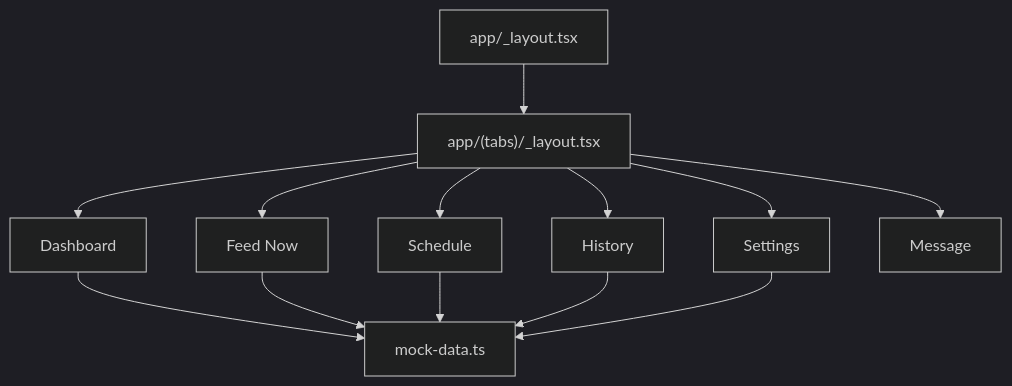
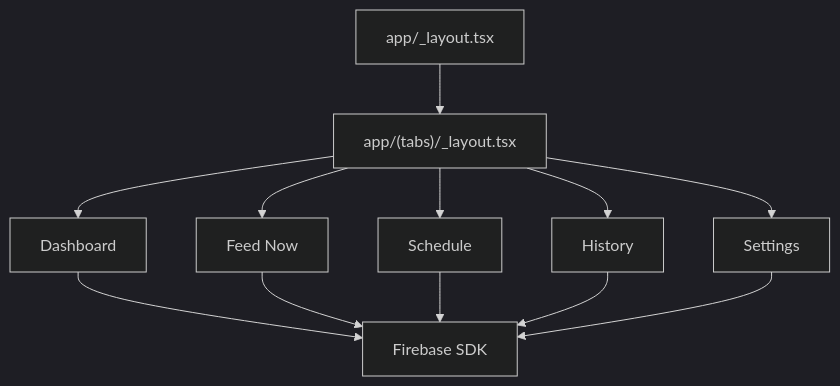
One commit to Mamba343/PetFeeder changed the fourth of 5 diagrams in docs/Architecture.md. Above: the diagram before and after it, drawn with Mermaid (dark theme). The commit also changed other lines of this file and 21 other files, not shown here.

````diff
--- a/docs/Architecture.md
+++ b/docs/Architecture.md
@@ -37,15 +82,14 @@
 ```mermaid
 flowchart TD
   Root["app/_layout.tsx"] --> Tabs["app/(tabs)/_layout.tsx"]
   Tabs --> Dashboard["Dashboard"]
   Tabs --> FeedNow["Feed Now"]
   Tabs --> Schedule["Schedule"]
   Tabs --> History["History"]
   Tabs --> Settings["Settings"]
-  Tabs --> Message["Message"]
-  Dashboard --> Mock["mock-data.ts"]
-  FeedNow --> Mock
-  Schedule --> Mock
-  History --> Mock
-  Settings --> Mock
+  Dashboard --> Firebase["Firebase SDK"]
+  FeedNow --> Firebase
+  Schedule --> Firebase
+  History --> Firebase
+  Settings --> Firebase
 ```
````
